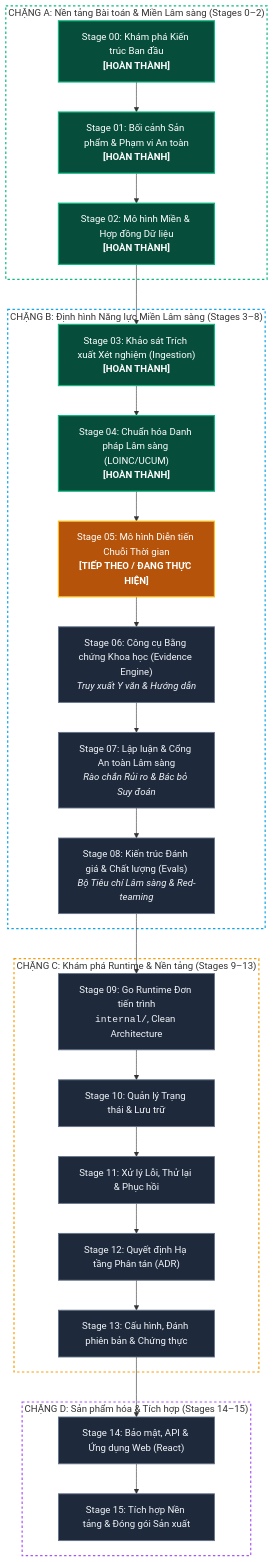
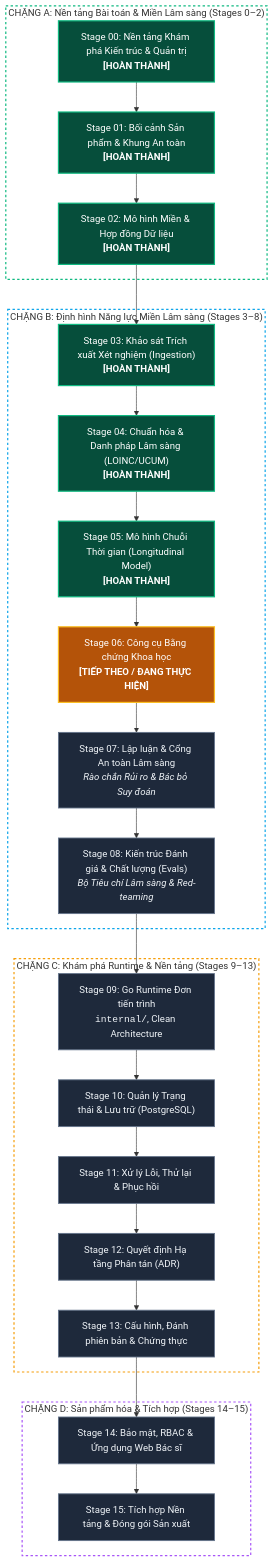
One commit to DuyVuux/BiolyzerAgent changed the third of 7 diagrams in README.vi.md. Above: the diagram before and after it, drawn with Mermaid. The commit also changed other lines of this file and 41 other files, not shown here.

Commit message:
docs(stage-05): integrate longitudinal model, mermaid architecture flows, and detailed README

````diff
--- a/README.vi.md
+++ b/README.vi.md
@@ -29,38 +113,38 @@
 ```mermaid
 flowchart TD
     classDef done fill:#064e3b,stroke:#10b981,stroke-width:2px,color:#ffffff;
     classDef current fill:#b45309,stroke:#fbbf24,stroke-width:2px,color:#ffffff;
     classDef queued fill:#1e293b,stroke:#64748b,stroke-width:1.5px,color:#f1f5f9;
 
     subgraph PhaseA["CHẶNG A: Nền tảng Bài toán & Miền Lâm sàng (Stages 0–2)"]
-        S0["Stage 00: Khám phá Kiến trúc Ban đầu<br/><b>[HOÀN THÀNH]</b>"]:::done --> S1["Stage 01: Bối cảnh Sản phẩm & Phạm vi An toàn<br/><b>[HOÀN THÀNH]</b>"]:::done
+        S0["Stage 00: Nền tảng Khám phá Kiến trúc & Quản trị<br/><b>[HOÀN THÀNH]</b>"]:::done --> S1["Stage 01: Bối cảnh Sản phẩm & Khung An toàn<br/><b>[HOÀN THÀNH]</b>"]:::done
         S1 --> S2["Stage 02: Mô hình Miền & Hợp đồng Dữ liệu<br/><b>[HOÀN THÀNH]</b>"]:::done
     end
 
     subgraph PhaseB["CHẶNG B: Định hình Năng lực Miền Lâm sàng (Stages 3–8)"]
         S2 --> S3["Stage 03: Khảo sát Trích xuất Xét nghiệm (Ingestion)<br/><b>[HOÀN THÀNH]</b>"]:::done
-        S3 --> S4["Stage 04: Chuẩn hóa Danh pháp Lâm sàng (LOINC/UCUM)<br/><b>[HOÀN THÀNH]</b>"]:::done
-        S4 --> S5["Stage 05: Mô hình Diễn tiến Chuỗi Thời gian<br/><b>[TIẾP THEO / ĐANG THỰC HIỆN]</b>"]:::current
-        S5 --> S6["Stage 06: Công cụ Bằng chứng Khoa học (Evidence Engine)<br/><i>Truy xuất Y văn & Hướng dẫn</i>"]:::queued
+        S3 --> S4["Stage 04: Chuẩn hóa & Danh pháp Lâm sàng (LOINC/UCUM)<br/><b>[HOÀN THÀNH]</b>"]:::done
+        S4 --> S5["Stage 05: Mô hình Chuỗi Thời gian (Longitudinal Model)<br/><b>[HOÀN THÀNH]</b>"]:::done
+        S5 --> S6["Stage 06: Công cụ Bằng chứng Khoa học<br/><b>[TIẾP THEO / ĐANG THỰC HIỆN]</b>"]:::current
         S6 --> S7["Stage 07: Lập luận & Cổng An toàn Lâm sàng<br/><i>Rào chắn Rủi ro & Bác bỏ Suy đoán</i>"]:::queued
         S7 --> S8["Stage 08: Kiến trúc Đánh giá & Chất lượng (Evals)<br/><i>Bộ Tiêu chí Lâm sàng & Red-teaming</i>"]:::queued
     end
 
     subgraph PhaseC["CHẶNG C: Khám phá Runtime & Nền tảng (Stages 9–13)"]
         S8 --> S9["Stage 09: Go Runtime Đơn tiến trình<br/><code>internal/</code>, Clean Architecture"]:::queued
-        S9 --> S10["Stage 10: Quản lý Trạng thái & Lưu trữ"]:::queued
+        S9 --> S10["Stage 10: Quản lý Trạng thái & Lưu trữ (PostgreSQL)"]:::queued
         S10 --> S11["Stage 11: Xử lý Lỗi, Thử lại & Phục hồi"]:::queued
         S11 --> S12["Stage 12: Quyết định Hạ tầng Phân tán (ADR)"]:::queued
         S12 --> S13["Stage 13: Cấu hình, Đánh phiên bản & Chứng thực"]:::queued
     end
 
     subgraph PhaseD["CHẶNG D: Sản phẩm hóa & Tích hợp (Stages 14–15)"]
-        S13 --> S14["Stage 14: Bảo mật, API & Ứng dụng Web (React)"]:::queued
+        S13 --> S14["Stage 14: Bảo mật, RBAC & Ứng dụng Web Bác sĩ"]:::queued
         S14 --> S15["Stage 15: Tích hợp Nền tảng & Đóng gói Sản xuất"]:::queued
     end
 
     style PhaseA fill:none,stroke:#10b981,stroke-width:2px,stroke-dasharray: 4 4;
     style PhaseB fill:none,stroke:#0ea5e9,stroke-width:2px,stroke-dasharray: 4 4;
     style PhaseC fill:none,stroke:#f59e0b,stroke-width:2px,stroke-dasharray: 4 4;
     style PhaseD fill:none,stroke:#a855f7,stroke-width:2px,stroke-dasharray: 4 4;
 ```
````
